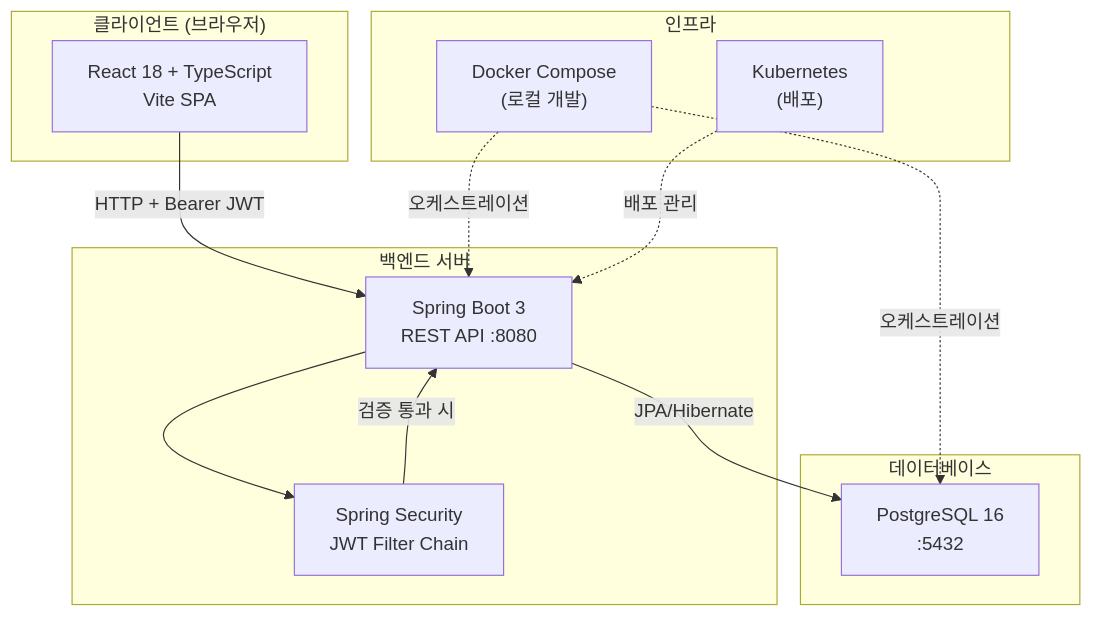
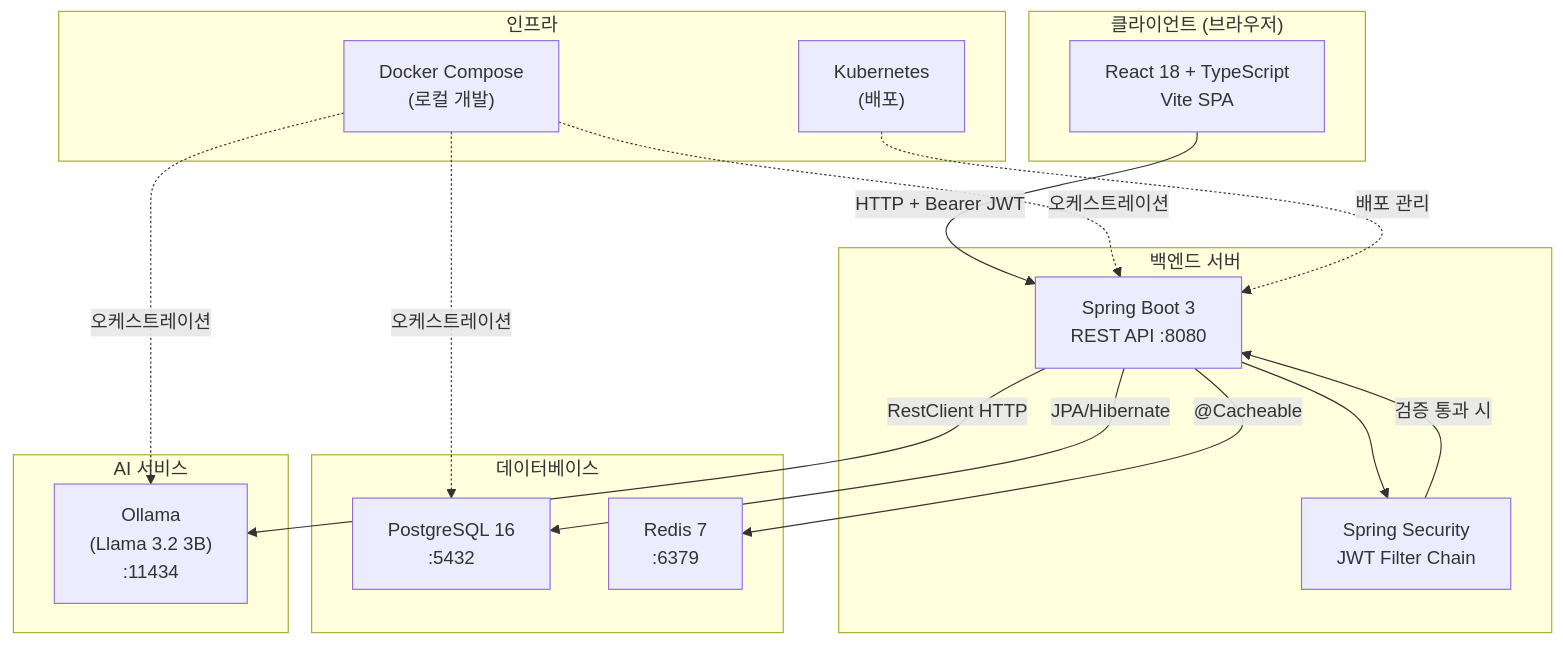
One commit to iee129/taskhive changed the first of 2 diagrams in docs/03-architecture/overview.md. Above: the diagram before and after it, drawn with Mermaid. The commit also changed 9 other files, not shown here.

````diff
--- a/docs/03-architecture/overview.md
+++ b/docs/03-architecture/overview.md
@@ -7,28 +7,36 @@
 ```mermaid
 graph TB
     subgraph Client["클라이언트 (브라우저)"]
         FE["React 18 + TypeScript\nVite SPA"]
     end
 
     subgraph Backend["백엔드 서버"]
         API["Spring Boot 3\nREST API :8080"]
         SEC["Spring Security\nJWT Filter Chain"]
     end
 
     subgraph Database["데이터베이스"]
         DB["PostgreSQL 16\n:5432"]
+        RD["Redis 7\n:6379"]
+    end
+
+    subgraph AI["AI 서비스"]
+        OL["Ollama\n(Llama 3.2 3B)\n:11434"]
     end
 
     subgraph Infra["인프라"]
         DC["Docker Compose\n(로컬 개발)"]
         K8S["Kubernetes\n(배포)"]
     end
 
     FE -->|"HTTP + Bearer JWT"| API
     API --> SEC
     SEC -->|"검증 통과 시"| API
     API -->|"JPA/Hibernate"| DB
+    API -->|"@Cacheable"| RD
+    API -->|"RestClient HTTP"| OL
     DC -.->|"오케스트레이션"| API
     DC -.->|"오케스트레이션"| DB
+    DC -.->|"오케스트레이션"| OL
     K8S -.->|"배포 관리"| API
 ```
````
